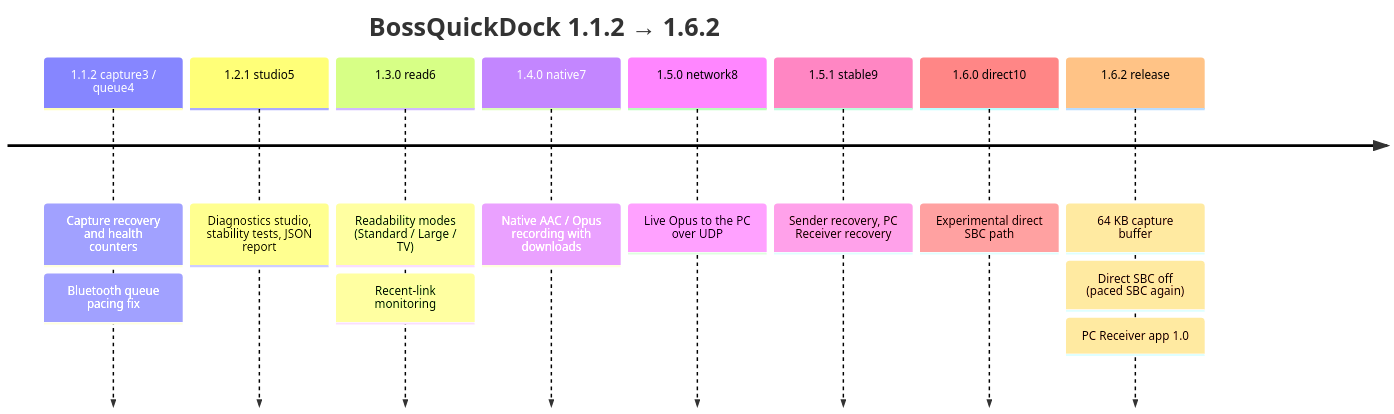
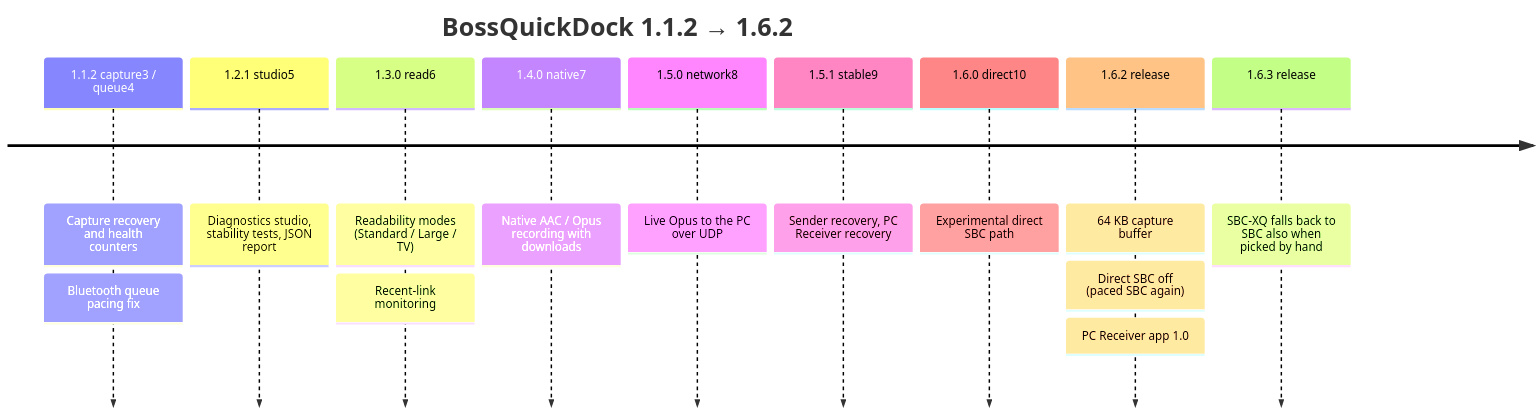
Before and after one commit to ramalhoboss/BossQuickDock: the first of 6 diagrams in docs/whats-new-1.6.md, drawn with Mermaid. The commit also changed other lines of this file and 4 other files, not shown here.

````diff
--- a/docs/whats-new-1.6.md
+++ b/docs/whats-new-1.6.md
@@ -18,12 +19,13 @@
 ```mermaid
 timeline
     title BossQuickDock 1.1.2 → 1.6.2
     1.1.2 capture3 / queue4 : Capture recovery and health counters : Bluetooth queue pacing fix
     1.2.1 studio5 : Diagnostics studio, stability tests, JSON report
     1.3.0 read6 : Readability modes (Standard / Large / TV) : Recent-link monitoring
     1.4.0 native7 : Native AAC / Opus recording with downloads
     1.5.0 network8 : Live Opus to the PC over UDP
     1.5.1 stable9 : Sender recovery, PC Receiver recovery
     1.6.0 direct10 : Experimental direct SBC path
     1.6.2 release : 64 KB capture buffer : Direct SBC off (paced SBC again) : PC Receiver app 1.0
+    1.6.3 release : SBC-XQ falls back to SBC also when picked by hand
 ```
````
